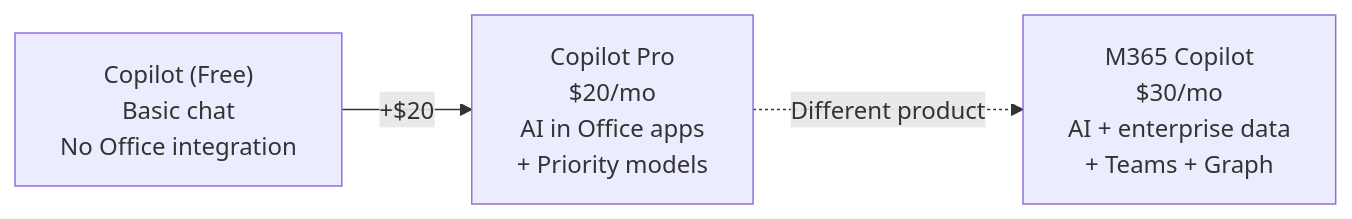
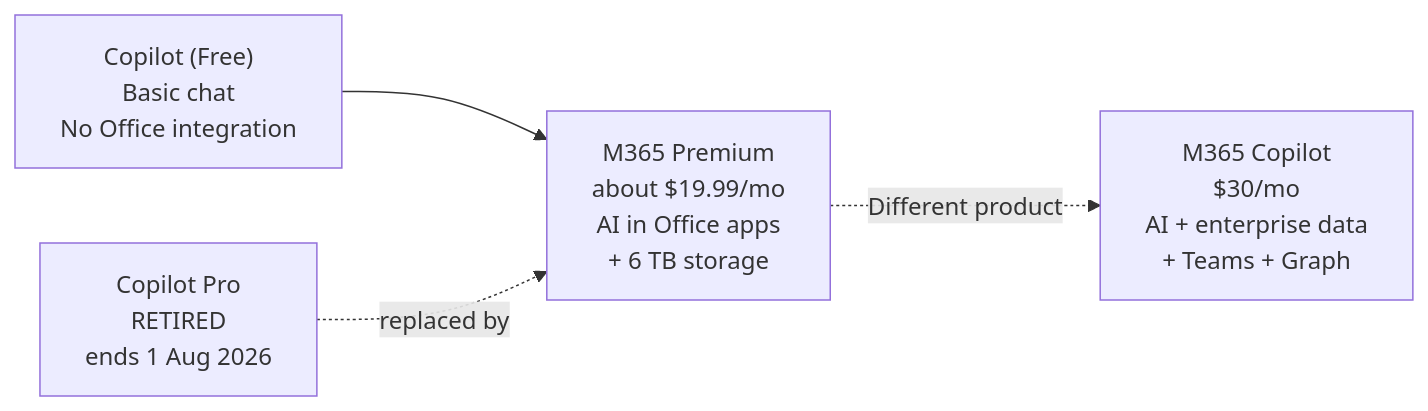
One commit to susanthgit/aguidetocloud-revamp changed the diagram in content/licensing/copilot-pro.md. Above: the diagram before and after it, drawn with Mermaid. The commit also changed other lines of this file and 21 other files, not shown here.

First line of the commit message:
fix(licensing): correct prices, eligibility and schema across licensing section

````diff
--- a/content/licensing/copilot-pro.md
+++ b/content/licensing/copilot-pro.md
@@ -37,8 +39,10 @@
 ```mermaid
 flowchart LR
     FREE["Copilot (Free)<br/>Basic chat<br/>No Office integration"]
-    PRO["Copilot Pro<br/>$20/mo<br/>AI in Office apps<br/>+ Priority models"]
+    PREM["M365 Premium<br/>about $19.99/mo<br/>AI in Office apps<br/>+ 6 TB storage"]
     M365["M365 Copilot<br/>$30/mo<br/>AI + enterprise data<br/>+ Teams + Graph"]
-    FREE -->|"+$20"| PRO
-    PRO -.->|"Different product"| M365
+    PRO["Copilot Pro<br/>RETIRED<br/>ends 1 Aug 2026"]
+    FREE --> PREM
+    PRO -.->|"replaced by"| PREM
+    PREM -.->|"Different product"| M365
 ```
````
